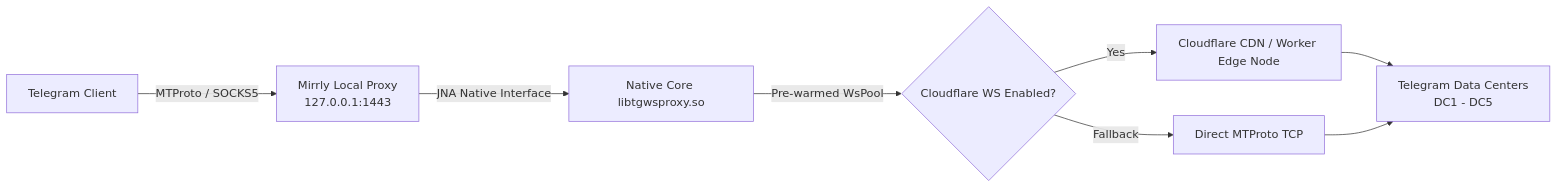
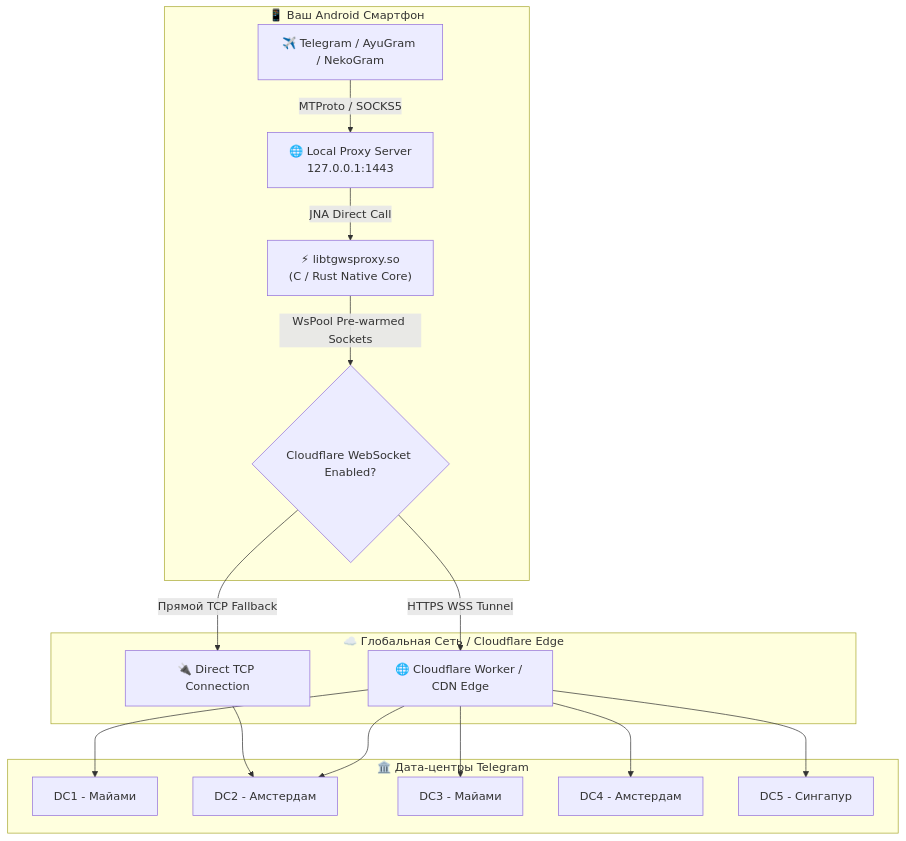
Before and after one commit to joycecurcirt539-dot/Mirrly-TG-Proxy: the diagram in README.md, drawn with Mermaid. The commit also changed other lines of this file and 1 other file, not shown here.

Commit message:
Comprehensive Russian README.md with Flowseal credits and LICENSE

````diff
--- a/README.md
+++ b/README.md
@@ -58,10 +76,22 @@
 ```mermaid
-flowchart LR
-    A[Telegram Client] -->|MTProto / SOCKS5| B[Mirrly Local Proxy\n127.0.0.1:1443]
-    B -->|JNA Native Interface| C[Native Core libtgwsproxy.so]
-    C -->|Pre-warmed WsPool| D{Cloudflare WS Enabled?}
-    D -->|Yes| E[Cloudflare CDN / Worker Edge Node]
-    D -->|Fallback| F[Direct MTProto TCP]
-    E --> G[Telegram Data Centers\nDC1 - DC5]
-    F --> G
+flowchart TD
+    subgraph AndroidDevice ["📱 Ваш Android Смартфон"]
+        TGClient["✈️ Telegram / AyuGram / NekoGram"] -->|MTProto / SOCKS5| LocalServer["🌐 Local Proxy Server\n127.0.0.1:1443"]
+        LocalServer -->|JNA Direct Call| NativeCore["⚡ libtgwsproxy.so\n(C / Rust Native Core)"]
+        NativeCore -->|WsPool Pre-warmed Sockets| PoolMgr{" Cloudflare WebSocket Enabled?"}
+    end
+
+    subgraph Internet ["☁️ Глобальная Сеть / Cloudflare Edge"]
+        PoolMgr -->|HTTPS WSS Tunnel| CFWorker["🌐 Cloudflare Worker / CDN Edge"]
+        PoolMgr -->|Прямой TCP Fallback| DirectTCP["🔌 Direct TCP Connection"]
+    end
+
+    subgraph TelegramDCs ["🏛️ Дата-центры Telegram"]
+        CFWorker --> DC1["DC1 - Майами"]
+        CFWorker --> DC2["DC2 - Амстердам"]
+        CFWorker --> DC3["DC3 - Майами"]
+        CFWorker --> DC4["DC4 - Амстердам"]
+        CFWorker --> DC5["DC5 - Сингапур"]
+        DirectTCP --> DC2
+    end
 ```
````
